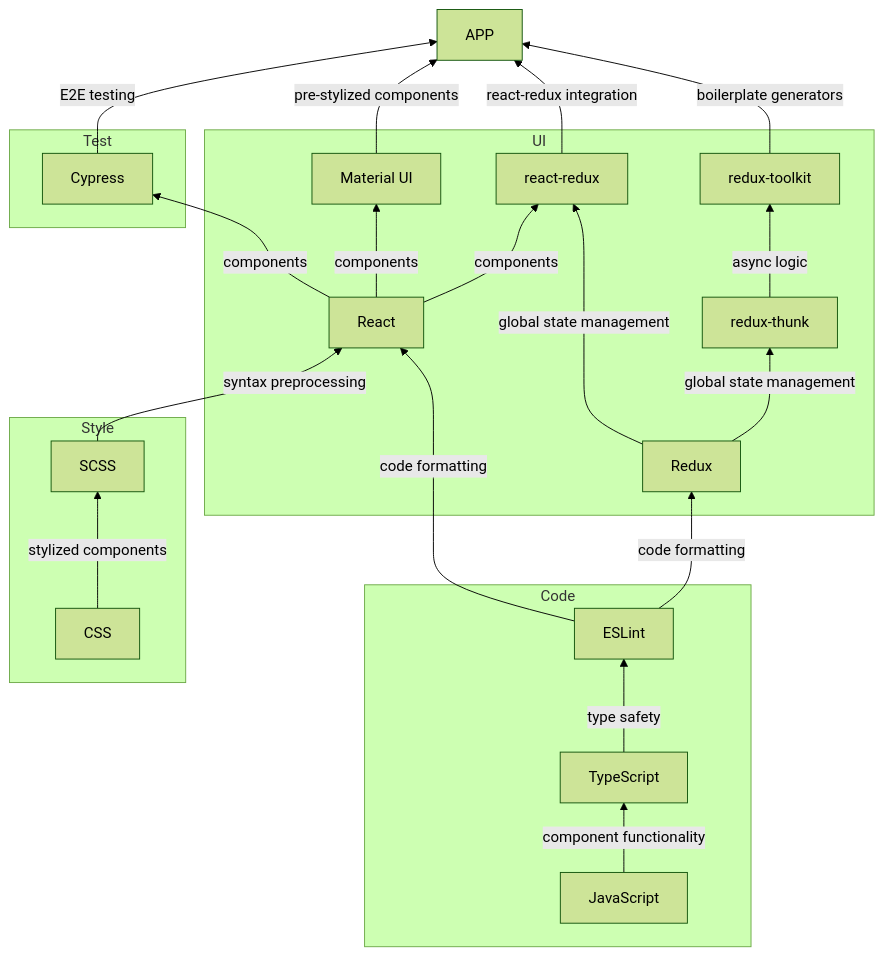
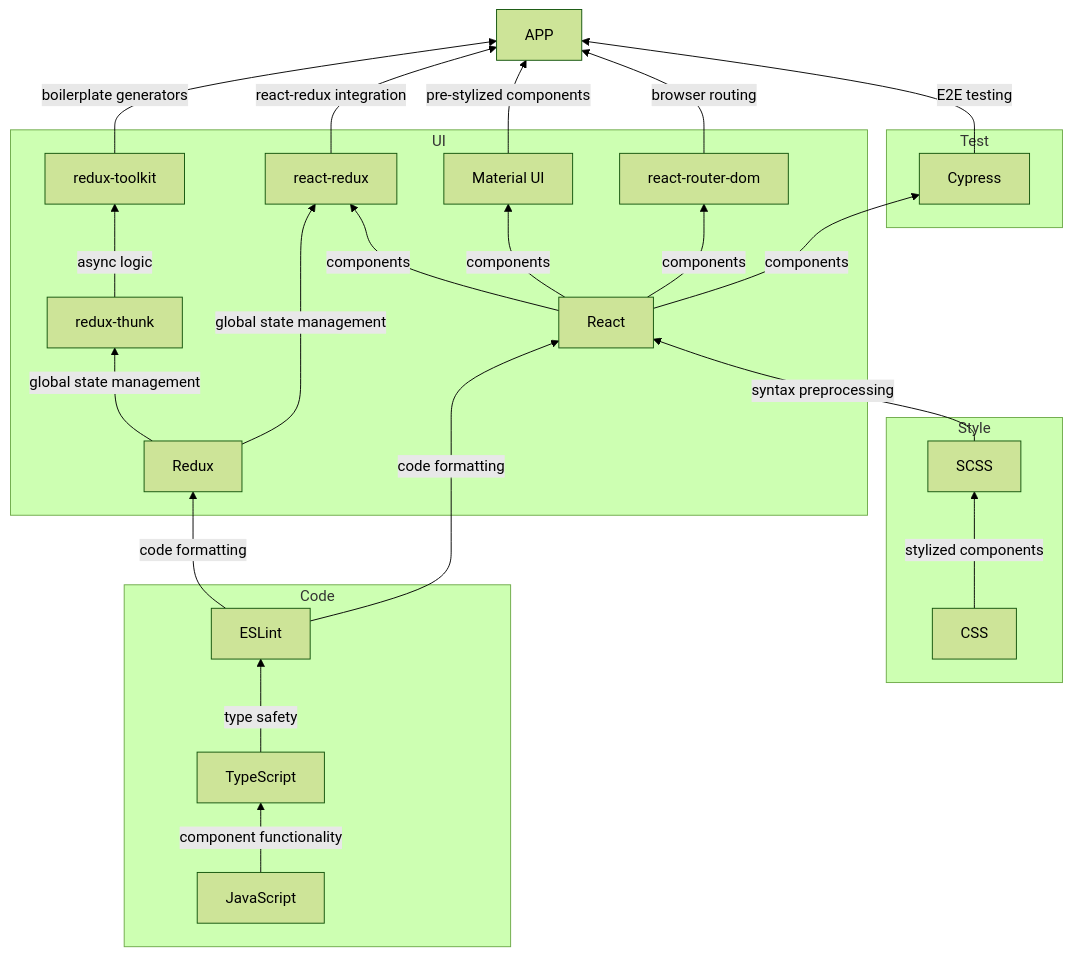
Before and after one commit to ocadotechnology/codeforlife-template-backend: the diagram in docs/frontend/TECH-STACK.md, drawn with Mermaid (forest theme). The commit also changed other lines of this file, not shown here.

Commit message:
react router dom

````diff
--- a/docs/frontend/TECH-STACK.md
+++ b/docs/frontend/TECH-STACK.md
@@ -7,23 +7,24 @@
 ```mermaid
 graph BT;
     subgraph Style;
         css[CSS] -->|stylized components| scss[SCSS];
     end;
     scss -->|syntax preprocessing| react[React];
     subgraph Code;
         js[JavaScript] -->|component functionality| ts[TypeScript] -->|type safety| eslint[ESLint];
     end;
     eslint -->|code formatting| react & redux[Redux];
     subgraph Test;
       cypress[Cypress];
     end;
     subgraph UI;
-        react -->|components| cypress & mui[Material UI] & react-redux;
+        react -->|components| cypress & react-router-dom & mui[Material UI] & react-redux;
         redux -->|global state management| react-redux & redux-thunk;
         redux-thunk -->|async logic| redux-toolkit;
     end;
+    react-router-dom -->|browser routing| APP;
     cypress -->|E2E testing| APP;
     mui -->|pre-stylized components| APP;
     react-redux -->|react-redux integration| APP;
     redux-toolkit -->|boilerplate generators| APP;
 ```
````
